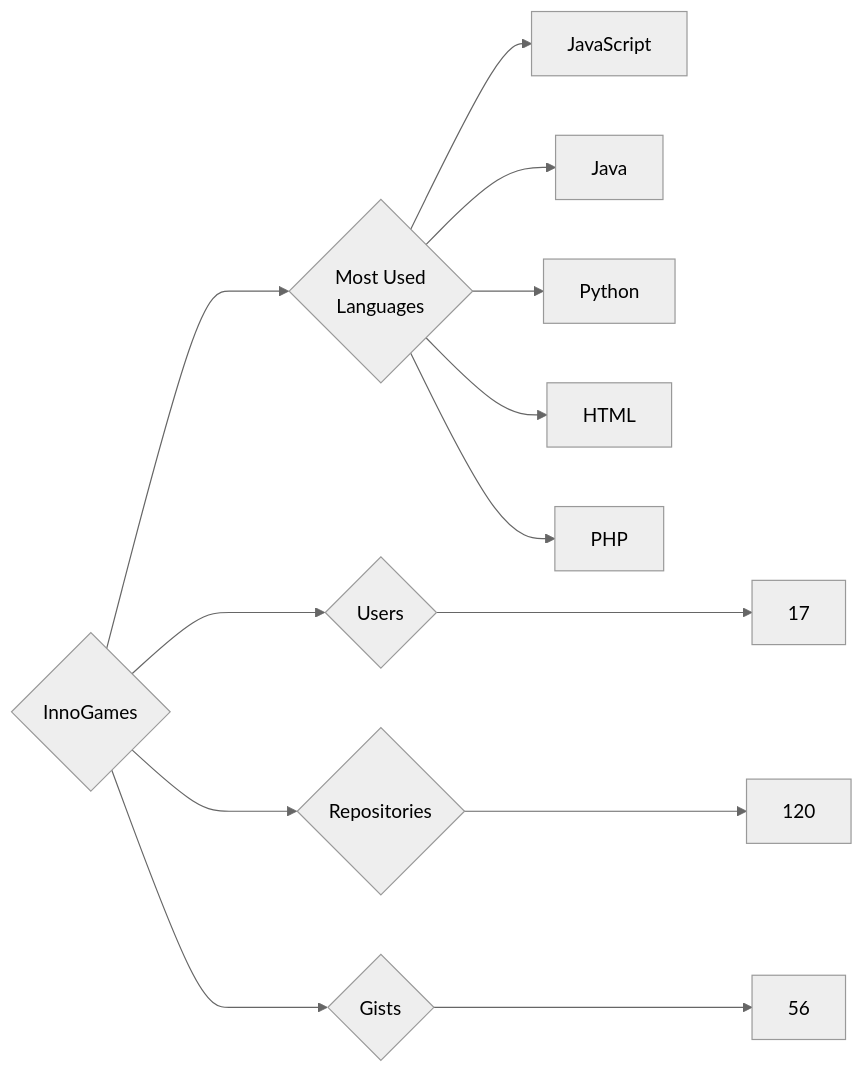
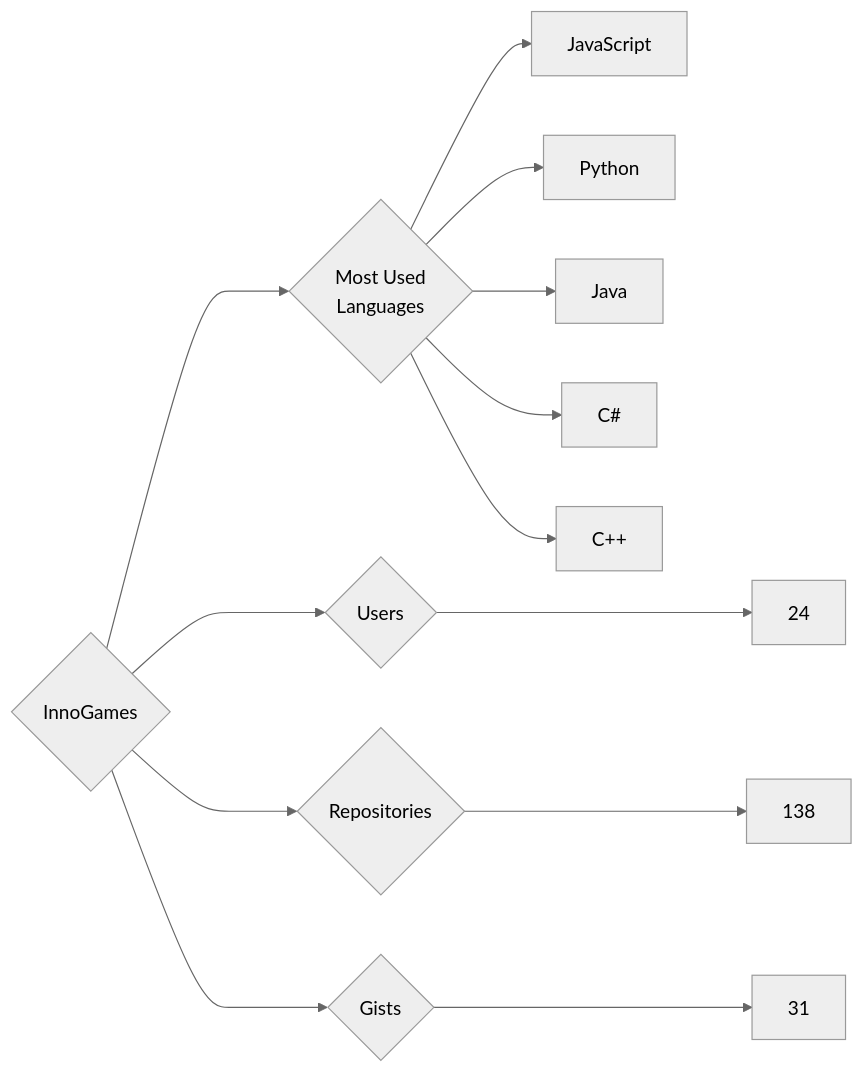
Before and after one commit to trickest/insiders: the diagram in targets/InnoGames/README.md, drawn with Mermaid (neutral theme). The commit also changed 786 other files, not shown here.

````diff
--- a/targets/InnoGames/README.md
+++ b/targets/InnoGames/README.md
@@ -3,13 +3,13 @@
 ```mermaid
 graph LR
 COMPANY_NAME{InnoGames}
-COMPANY_NAME ---> U{Users} ---> UN[17]
-COMPANY_NAME ---> R{Repositories} ---> RN[120]
-COMPANY_NAME ---> G{Gists} ---> GN[56]
+COMPANY_NAME ---> U{Users} ---> UN[24]
+COMPANY_NAME ---> R{Repositories} ---> RN[138]
+COMPANY_NAME ---> G{Gists} ---> GN[31]
 COMPANY_NAME ---> ML{Most Used<br>Languages}
 ML --> JavaScript[JavaScript]
+ML --> Python[Python]
 ML --> Java[Java]
-ML --> Python[Python]
-ML --> HTML[HTML]
-ML --> PHP[PHP]
+ML --> C#[C#]
+ML --> C++[C++]
 ```
````
